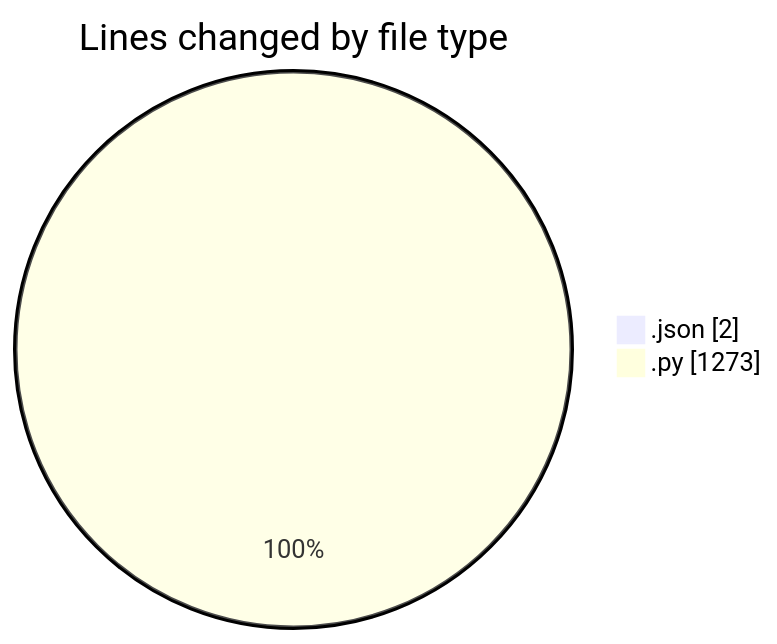
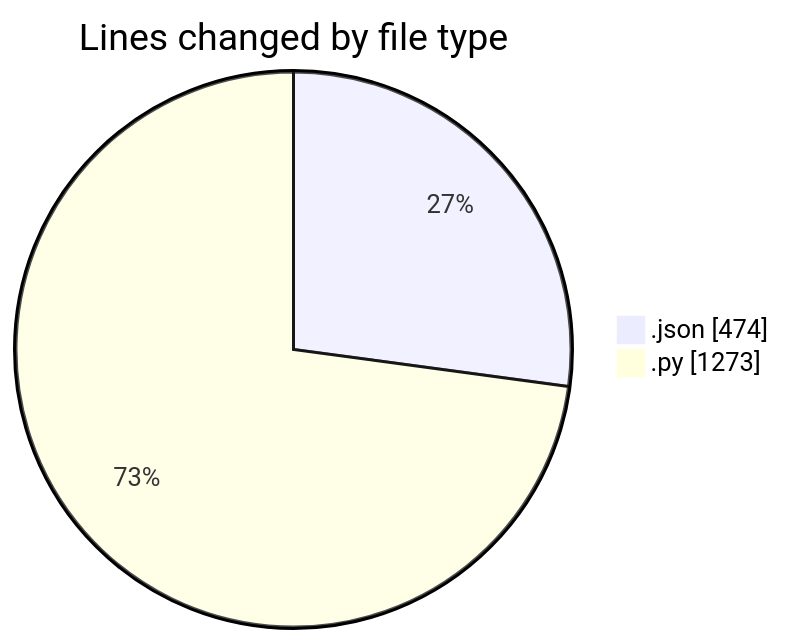
One commit to MatusMokan/code-tracking changed the first of 2 diagrams in 2025-02-19/myws__workspace_/README.md. Above: the diagram before and after it, drawn with Mermaid. The commit also changed other lines of this file and 1 other file, not shown here.

````diff
--- a/2025-02-19/myws__workspace_/README.md
+++ b/2025-02-19/myws__workspace_/README.md
@@ -25,6 +26,6 @@
 ```mermaid
 pie showData
 title Lines changed by file type
-".json" : 2
+".json" : 474
 ".py" : 1273
 ```
````
